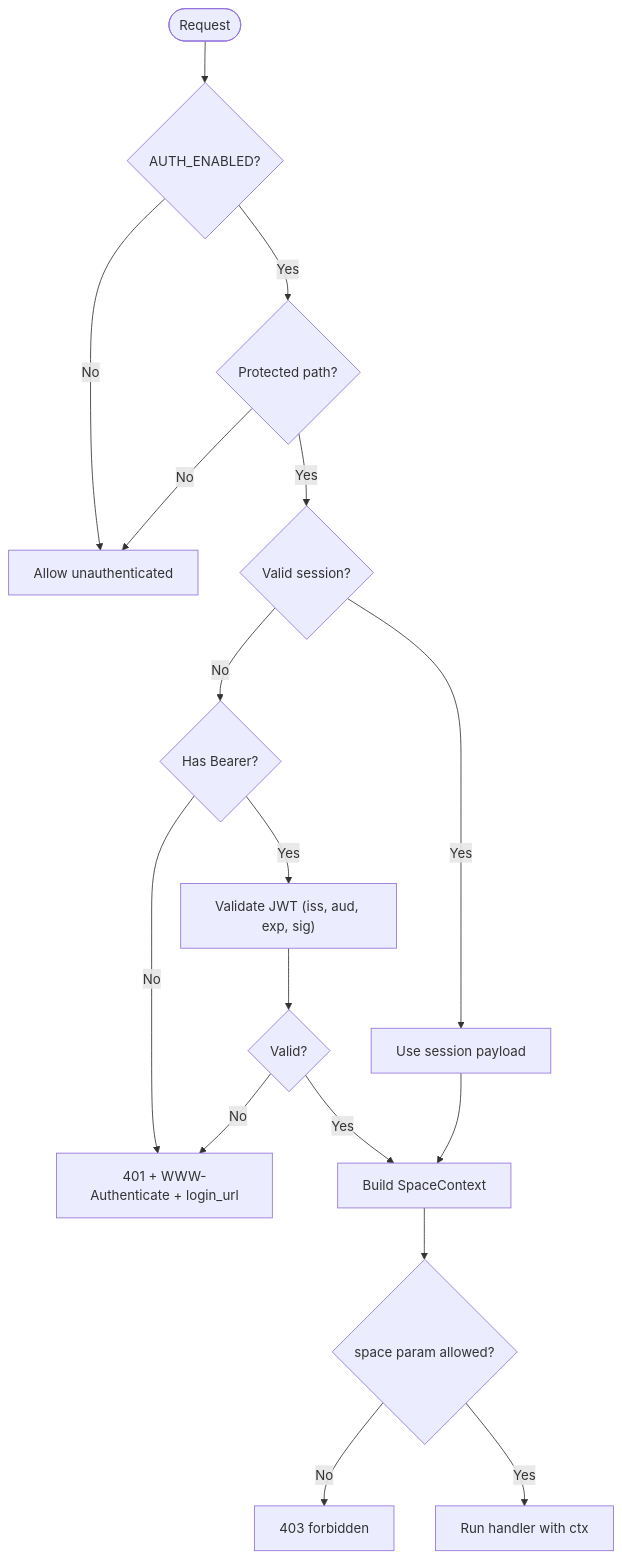
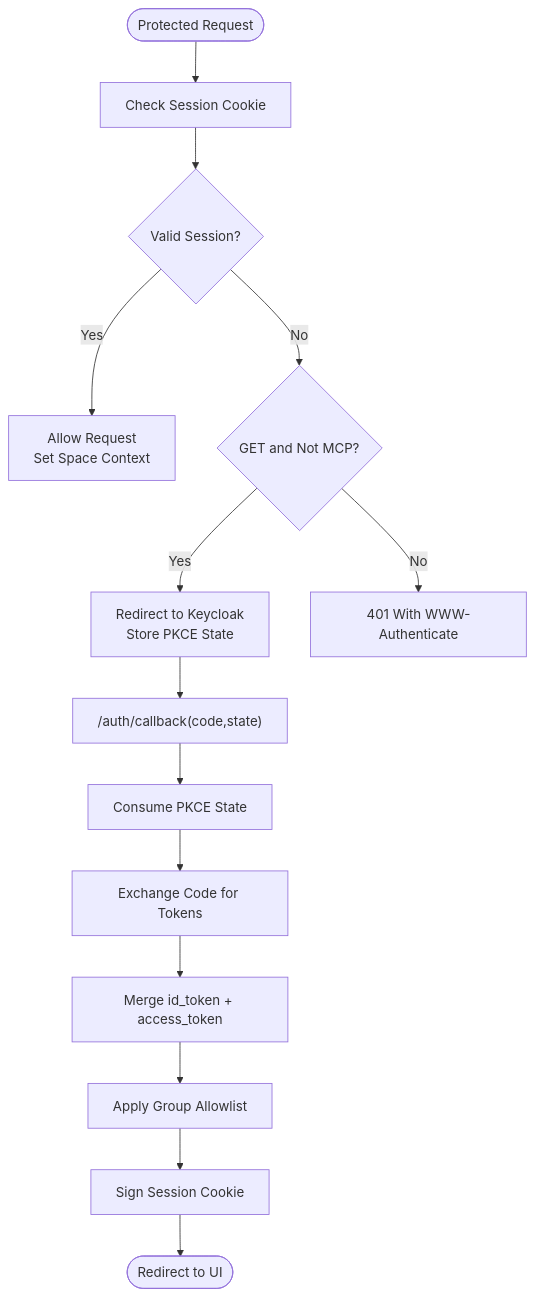
One commit to SquadRules/mcp changed the third of 9 diagrams in .qoder/repowiki/en/content/Authentication & Security.md. Above: the diagram before and after it, drawn with Mermaid. The commit also changed other lines of this file and 602 other files, not shown here.

````diff
--- a/.qoder/repowiki/en/content/Authentication & Security.md
+++ b/.qoder/repowiki/en/content/Authentication & Security.md
@@ -144,19 +159,16 @@
 ```mermaid
 flowchart TD
-Start(["Request"]) --> CheckEnabled{"AUTH_ENABLED?"}
-CheckEnabled --> |No| Allow["Allow unauthenticated"]
-CheckEnabled --> |Yes| Protected{"Protected path?"}
-Protected --> |No| Allow
-Protected --> |Yes| HasSession{"Valid session?"}
-HasSession --> |Yes| UseSession["Use session payload"]
-HasSession --> |No| HasBearer{"Has Bearer?"}
-HasBearer --> |No| Unauth["401 + WWW-Authenticate + login_url"]
-HasBearer --> |Yes| ValidateBearer["Validate JWT (iss, aud, exp, sig)"]
-ValidateBearer --> Valid{"Valid?"}
-Valid --> |No| Unauth
-Valid --> |Yes| BuildCtx["Build SpaceContext"]
-UseSession --> BuildCtx
-BuildCtx --> ScopeCheck{"space param allowed?"}
-ScopeCheck --> |No| Forbidden["403 forbidden"]
-ScopeCheck --> |Yes| Next["Run handler with ctx"]
+Start(["Protected Request"]) --> CheckSession["Check Session Cookie"]
+CheckSession --> HasSession{"Valid Session?"}
+HasSession --> |Yes| Allow["Allow Request<br/>Set Space Context"]
+HasSession --> |No| IsGet{"GET and Not MCP?"}
+IsGet --> |Yes| Redirect["Redirect to Keycloak<br/>Store PKCE State"]
+IsGet --> |No| Unauthorized["401 With WWW-Authenticate"]
+Redirect --> Callback["/auth/callback(code,state)"]
+Callback --> ConsumeState["Consume PKCE State"]
+ConsumeState --> Exchange["Exchange Code for Tokens"]
+Exchange --> Merge["Merge id_token + access_token"]
+Merge --> FilterGroups["Apply Group Allowlist"]
+FilterGroups --> SignCookie["Sign Session Cookie"]
+SignCookie --> Done(["Redirect to UI"])
 ```
````
